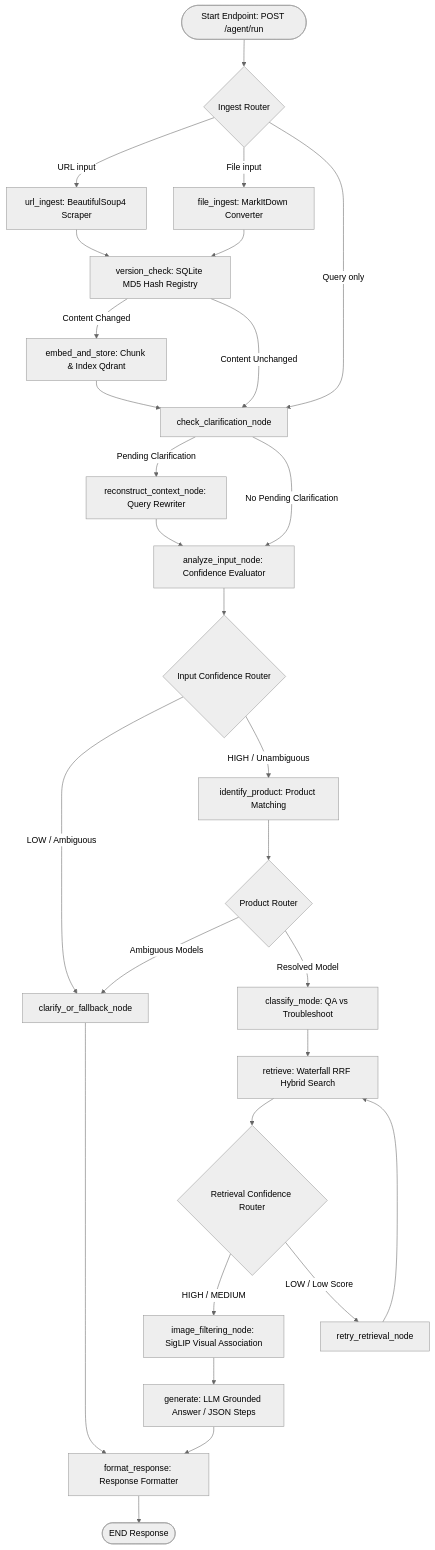
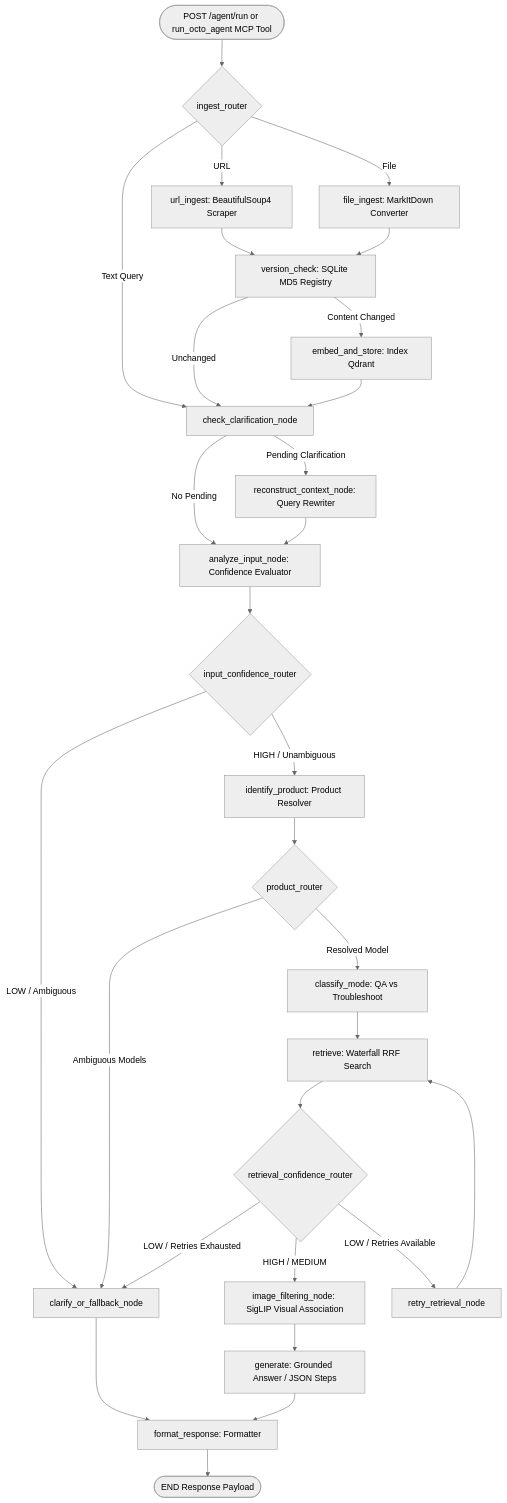
The third of 6 diagrams in architecture.md (Santhosh-p653/rag-multimodal-assistant), drawn with Mermaid (neutral theme) before and after one commit. The commit also changed other lines of this file and 5 other files, not shown here.

````diff
--- a/architecture.md
+++ b/architecture.md
@@ -95,39 +105,40 @@
 ```mermaid
 graph TD
-    Start([Start Endpoint: POST /agent/run]) --> IngestRouter{Ingest Router}
+    Start([POST /agent/run or run_octo_agent MCP Tool]) --> IngestRouter{ingest_router}
     
-    IngestRouter -->|URL input| URL[url_ingest: BeautifulSoup4 Scraper]
-    IngestRouter -->|File input| File[file_ingest: MarkItDown Converter]
-    IngestRouter -->|Query only| CheckClar[check_clarification_node]
+    IngestRouter -->|URL| URLIngest[url_ingest: BeautifulSoup4 Scraper]
+    IngestRouter -->|File| FileIngest[file_ingest: MarkItDown Converter]
+    IngestRouter -->|Text Query| CheckClar[check_clarification_node]
     
-    URL --> VersionCheck[version_check: SQLite MD5 Hash Registry]
-    File --> VersionCheck
+    URLIngest --> VersionCheck[version_check: SQLite MD5 Registry]
+    FileIngest --> VersionCheck
     
-    VersionCheck -->|Content Changed| EmbedStore[embed_and_store: Chunk & Index Qdrant]
-    VersionCheck -->|Content Unchanged| CheckClar
+    VersionCheck -->|Content Changed| EmbedStore[embed_and_store: Index Qdrant]
+    VersionCheck -->|Unchanged| CheckClar
     EmbedStore --> CheckClar
     
     CheckClar -->|Pending Clarification| Recon[reconstruct_context_node: Query Rewriter]
-    CheckClar -->|No Pending Clarification| Analyze[analyze_input_node: Confidence Evaluator]
+    CheckClar -->|No Pending| Analyze[analyze_input_node: Confidence Evaluator]
     Recon --> Analyze
     
-    Analyze --> ConfRouter{Input Confidence Router}
-    ConfRouter -->|LOW / Ambiguous| ClarifyNode[clarify_or_fallback_node]
-    ConfRouter -->|HIGH / Unambiguous| IdentifyProd[identify_product: Product Matching]
+    Analyze --> InputConfRouter{input_confidence_router}
+    InputConfRouter -->|LOW / Ambiguous| ClarifyNode[clarify_or_fallback_node]
+    InputConfRouter -->|HIGH / Unambiguous| IdentifyProd[identify_product: Product Resolver]
     
-    IdentifyProd --> ProdRouter{Product Router}
+    IdentifyProd --> ProdRouter{product_router}
     ProdRouter -->|Ambiguous Models| ClarifyNode
     ProdRouter -->|Resolved Model| ClassifyMode[classify_mode: QA vs Troubleshoot]
     
-    ClassifyMode --> RetrieveNode[retrieve: Waterfall RRF Hybrid Search]
-    RetrieveNode --> RetrConfRouter{Retrieval Confidence Router}
+    ClassifyMode --> RetrieveNode[retrieve: Waterfall RRF Search]
+    RetrieveNode --> RetrConfRouter{retrieval_confidence_router}
     
     RetrConfRouter -->|HIGH / MEDIUM| ImgFilterNode[image_filtering_node: SigLIP Visual Association]
-    RetrConfRouter -->|LOW / Low Score| RetryRetr[retry_retrieval_node]
+    RetrConfRouter -->|LOW / Retries Available| RetryRetr[retry_retrieval_node]
+    RetrConfRouter -->|LOW / Retries Exhausted| ClarifyNode
     
     RetryRetr --> RetrieveNode
-    ImgFilterNode --> GenNode[generate: LLM Grounded Answer / JSON Steps]
-    ClarifyNode --> FormatNode[format_response: Response Formatter]
+    ImgFilterNode --> GenNode[generate: Grounded Answer / JSON Steps]
+    ClarifyNode --> FormatNode[format_response: Formatter]
     GenNode --> FormatNode
-    FormatNode --> End([END Response])
+    FormatNode --> End([END Response Payload])
 ```
````
